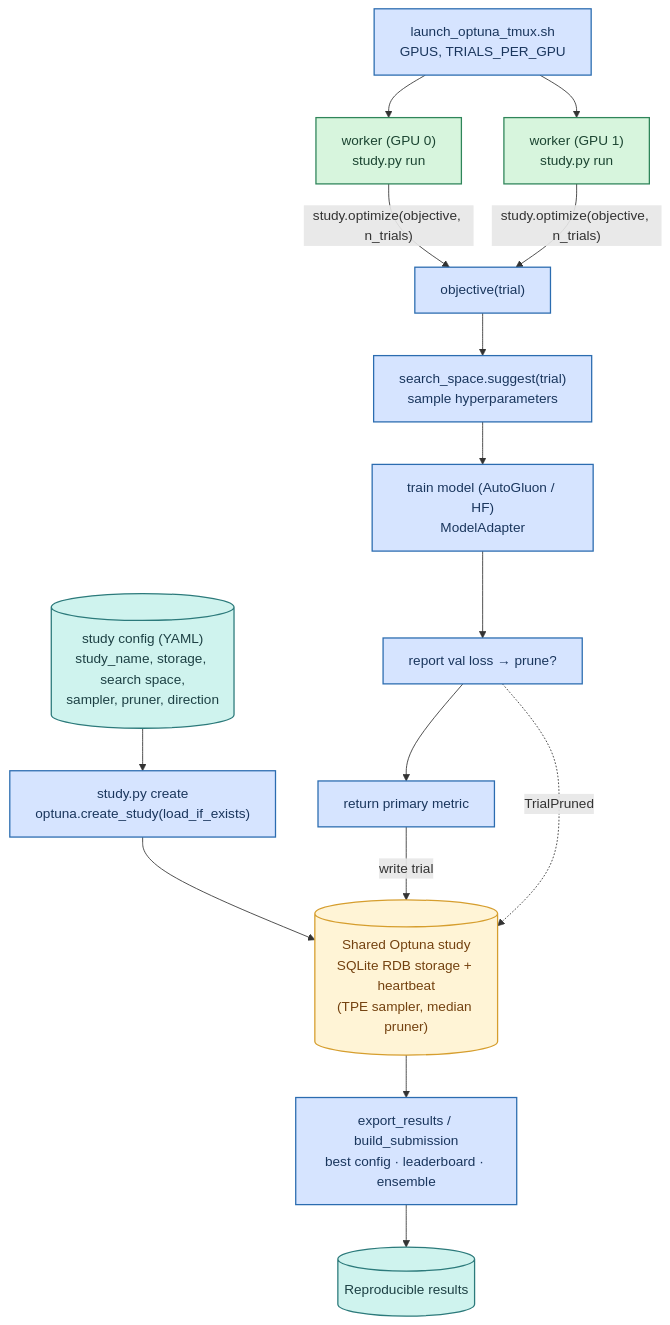
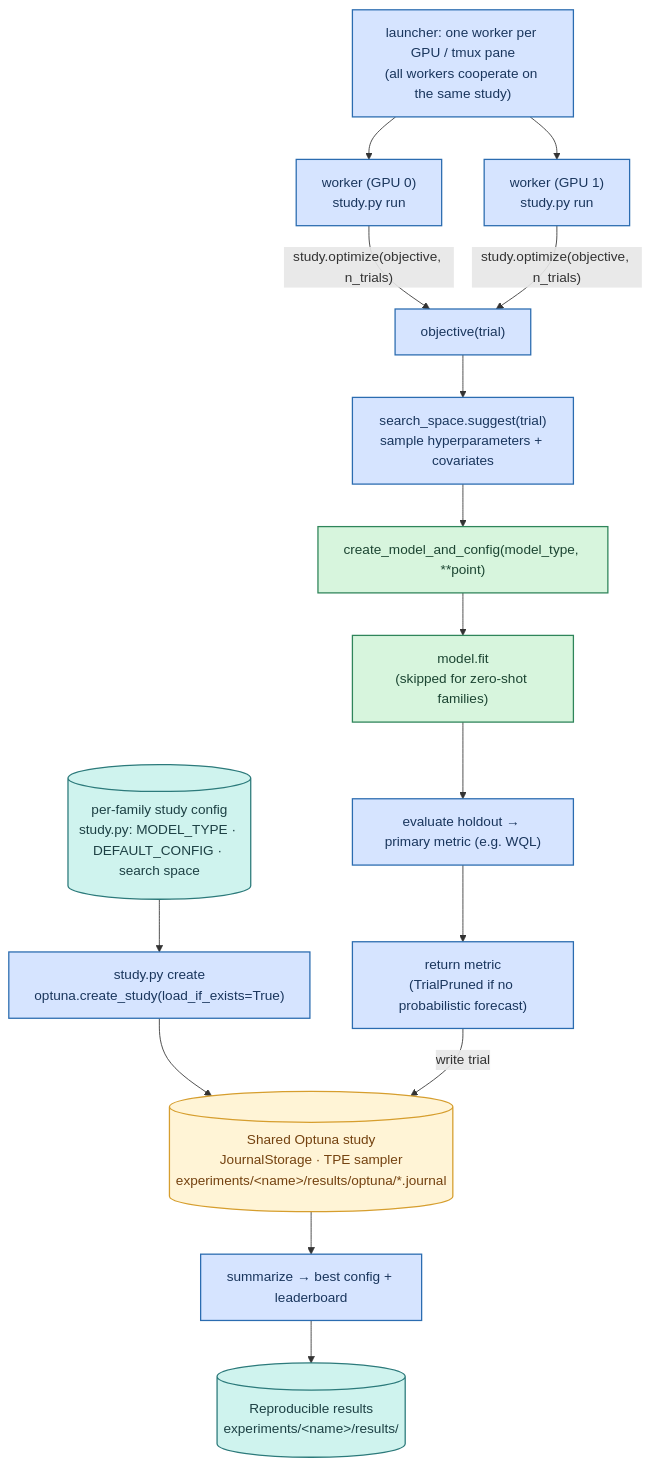
One commit to Blood-Glucose-Control/GlucoFoundry changed the diagram in agent_notes/diagrams/optuna_sweep_workflow.mmd. Above: the diagram before and after it, drawn with Mermaid. The commit also changed 7 other files, not shown here.

````diff
--- a/agent_notes/diagrams/optuna_sweep_workflow.mmd
+++ b/agent_notes/diagrams/optuna_sweep_workflow.mmd
@@ -1,31 +1,33 @@
-%% Optuna sweep workflow — how experiments/metabonet_2026/hpo/<family>/ works.
+%% Optuna sweep workflow — reusable engine (src/workflows/hpo/engine.py) +
+%% per-experiment sweep tree (experiments/<name>/hpo/<family>/).
+%% Palette/legend documented in docs/architecture/workflows.md (the published home).
 %% Render: GitHub renders ```mermaid blocks natively; or `mmdc -i optuna_sweep_workflow.mmd -o optuna_sweep_workflow.png`.
 flowchart TD
     classDef io fill:#CFF3EE,stroke:#2C7A7B,color:#1D4044,stroke-width:1.5px;
     classDef core fill:#D6E4FF,stroke:#2B6CB0,color:#1A365D,stroke-width:1.5px;
-    classDef worker fill:#D7F5DD,stroke:#2F855A,color:#1C4532,stroke-width:1.5px;
+    classDef model fill:#D7F5DD,stroke:#2F855A,color:#1C4532,stroke-width:1.5px;
     classDef store fill:#FFF4D6,stroke:#D69E2E,color:#744210,stroke-width:1.5px;
 
-    C[("study config (YAML)<br/>study_name, storage, search space,<br/>sampler, pruner, direction")]:::io
-    CR["study.py create<br/>optuna.create_study(load_if_exists)"]:::core
-    S[("Shared Optuna study<br/>SQLite RDB storage + heartbeat<br/>(TPE sampler, median pruner)")]:::store
-    L["launch_optuna_tmux.sh<br/>GPUS, TRIALS_PER_GPU"]:::core
+    C[("per-family study config<br/>study.py: MODEL_TYPE · DEFAULT_CONFIG · search space")]:::io
+    CR["study.py create<br/>optuna.create_study(load_if_exists=True)"]:::core
+    S[("Shared Optuna study<br/>JournalStorage · TPE sampler<br/>experiments/&lt;name&gt;/results/optuna/*.journal")]:::store
+    L["launcher: one worker per GPU / tmux pane<br/>(all workers cooperate on the same study)"]:::core
 
-    W1["worker (GPU 0)<br/>study.py run"]:::worker
-    W2["worker (GPU 1)<br/>study.py run"]:::worker
+    W1["worker (GPU 0)<br/>study.py run"]:::core
+    W2["worker (GPU 1)<br/>study.py run"]:::core
     OBJ["objective(trial)"]:::core
-    SS["search_space.suggest(trial)<br/>sample hyperparameters"]:::core
-    TR["train model (AutoGluon / HF)<br/>ModelAdapter"]:::core
-    RP["report val loss → prune?"]:::core
-    MET["return primary metric"]:::core
+    SS["search_space.suggest(trial)<br/>sample hyperparameters + covariates"]:::core
+    BLD["create_model_and_config(model_type, **point)"]:::model
+    FIT["model.fit<br/>(skipped for zero-shot families)"]:::model
+    EVAL["evaluate holdout → primary metric (e.g. WQL)"]:::core
+    RET["return metric<br/>(TrialPruned if no probabilistic forecast)"]:::core
 
-    EXP["export_results / build_submission<br/>best config · leaderboard · ensemble"]:::core
-    R[("Reproducible results")]:::io
+    EXP["summarize → best config + leaderboard"]:::core
+    R[("Reproducible results<br/>experiments/&lt;name&gt;/results/")]:::io
 
     C --> CR --> S
     L --> W1 & W2
     W1 & W2 -- "study.optimize(objective, n_trials)" --> OBJ
-    OBJ --> SS --> TR --> RP --> MET
-    MET -- write trial --> S
-    RP -. TrialPruned .-> S
+    OBJ --> SS --> BLD --> FIT --> EVAL --> RET
+    RET -- "write trial" --> S
     S --> EXP --> R
````
